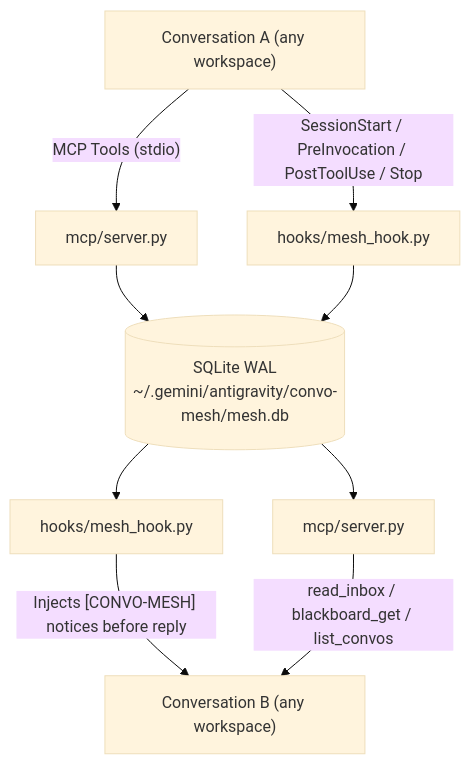
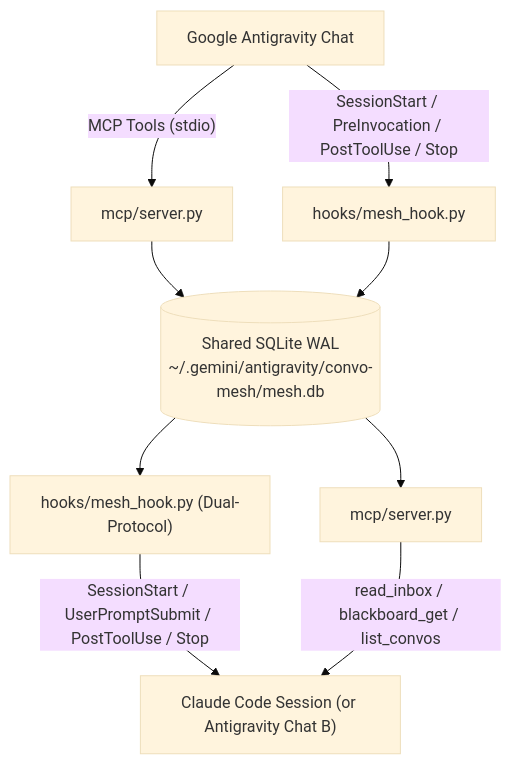
The diagram in README.md (aashim0821/antigravity-convo-mesh), drawn with Mermaid (base theme) before and after one commit. The commit also changed other lines of this file and 14 other files, not shown here.

Commit message:
feat: v1.1.0 Claude Code plugin support, Antigravity <-> Claude bridge, and quota failover continuity

````diff
--- a/README.md
+++ b/README.md
@@ -26,11 +27,11 @@
 ```mermaid
 flowchart TD
-    A["Conversation A (any workspace)"] -->|"MCP Tools (stdio)"| M1["mcp/server.py"]
+    A["Google Antigravity Chat"] -->|"MCP Tools (stdio)"| M1["mcp/server.py"]
     A -->|"SessionStart / PreInvocation / PostToolUse / Stop"| H1["hooks/mesh_hook.py"]
-    M1 --> DB[("SQLite WAL<br/>~/.gemini/antigravity/convo-mesh/mesh.db")]
+    M1 --> DB[("Shared SQLite WAL<br/>~/.gemini/antigravity/convo-mesh/mesh.db")]
     H1 --> DB
-    DB --> H2["hooks/mesh_hook.py"]
+    DB --> H2["hooks/mesh_hook.py (Dual-Protocol)"]
     DB --> M2["mcp/server.py"]
-    H2 -->|"Injects [CONVO-MESH] notices before reply"| B["Conversation B (any workspace)"]
+    H2 -->|"SessionStart / UserPromptSubmit / PostToolUse / Stop"| B["Claude Code Session (or Antigravity Chat B)"]
     M2 -->|"read_inbox / blackboard_get / list_convos"| B
 ```
````
